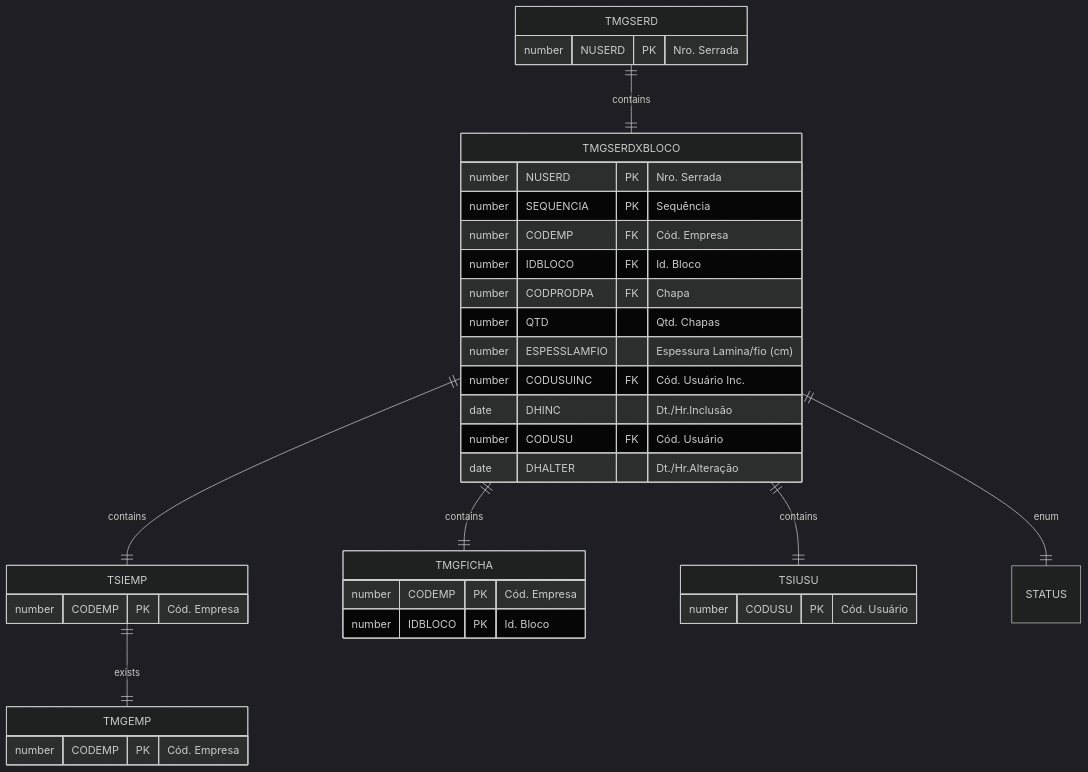
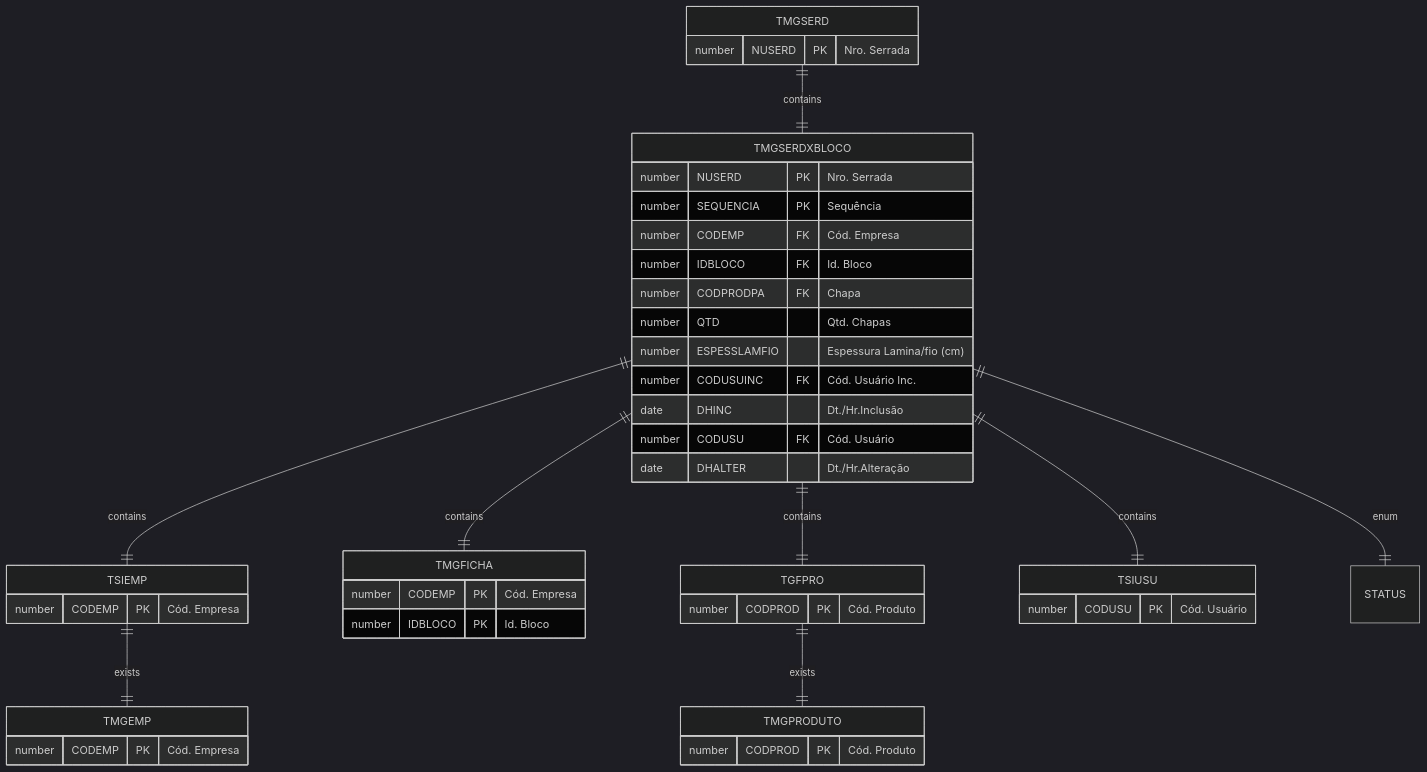
One commit to cbmsoft/margrandocs changed the diagram in docs/_database/TMGSERDXBLOCO.md. Above: the diagram before and after it, drawn with Mermaid (dark theme). The commit also changed other lines of this file and 3 other files, not shown here.

````diff
--- a/docs/_database/TMGSERDXBLOCO.md
+++ b/docs/_database/TMGSERDXBLOCO.md
@@ -36,40 +38,48 @@
 ```mermaid
 erDiagram
     TMGSERD ||--|| TMGSERDXBLOCO : contains
     TMGSERDXBLOCO ||--|| TSIEMP : contains
     TMGSERDXBLOCO ||--|| TMGFICHA : contains
+    TMGSERDXBLOCO ||--|| TGFPRO : contains
+    TGFPRO ||--|| TMGPRODUTO : exists
     TMGSERDXBLOCO ||--|| TSIUSU : contains
     TMGSERDXBLOCO ||--|| STATUS : enum
     
     TSIEMP ||--|| TMGEMP : exists
 
     TMGSERD {
         number NUSERD PK "Nro. Serrada"
     }
     TMGSERDXBLOCO {
         number NUSERD PK "Nro. Serrada"
         number SEQUENCIA PK "Sequência"
         number CODEMP FK "Cód. Empresa"
         number IDBLOCO FK "Id. Bloco"
         number CODPRODPA FK "Chapa"
         number QTD "Qtd. Chapas"
         number ESPESSLAMFIO "Espessura Lamina/fio (cm)"
         number CODUSUINC FK "Cód. Usuário Inc."
         date DHINC "Dt./Hr.Inclusão"
         number CODUSU FK "Cód. Usuário"
         date DHALTER "Dt./Hr.Alteração"
     }
     TMGFICHA {
         number CODEMP PK "Cód. Empresa"
         number IDBLOCO PK "Id. Bloco"
     }
-    TSIUSU {
-        number CODUSU PK "Cód. Usuário"
+    TGFPRO {
+        number CODPROD PK "Cód. Produto"
+    }
+    TMGPRODUTO {
+        number CODPROD PK "Cód. Produto"
     }
     TSIEMP {
         number CODEMP PK "Cód. Empresa"
     }
     TMGEMP {
         number CODEMP PK "Cód. Empresa"
     }
+    TSIUSU {
+        number CODUSU PK "Cód. Usuário"
+    }
 ```
````
